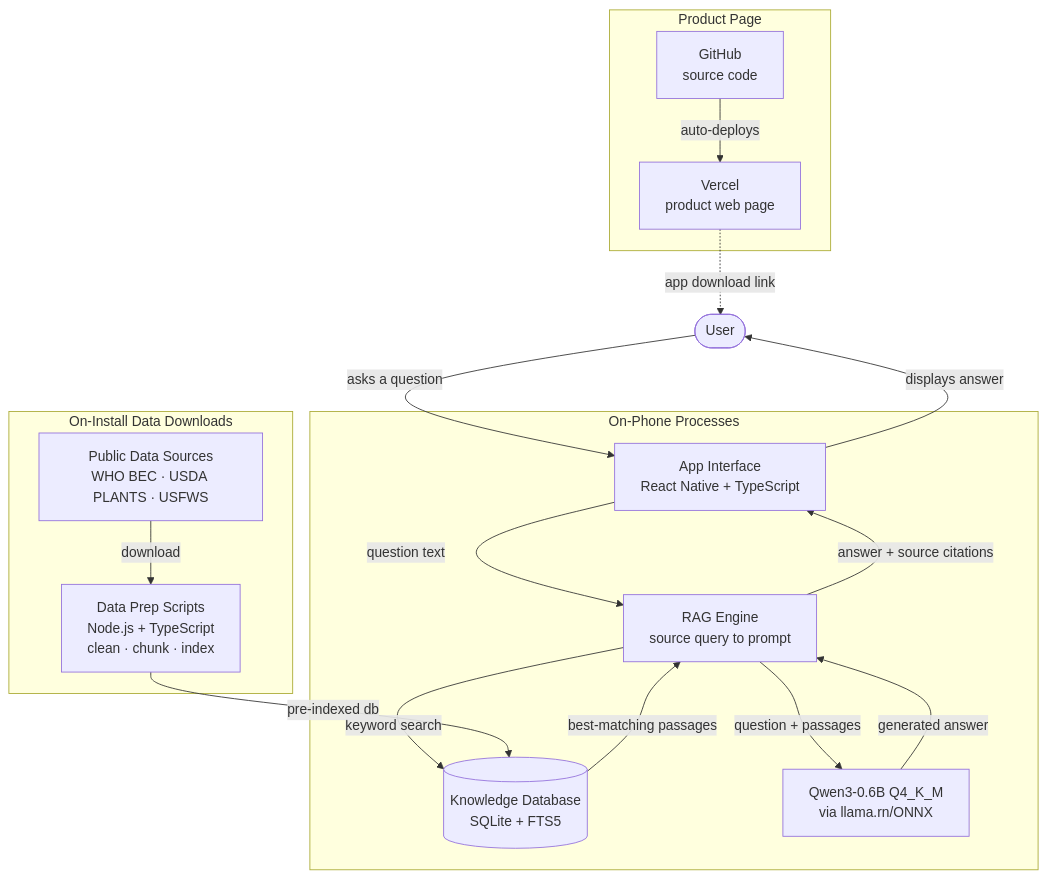
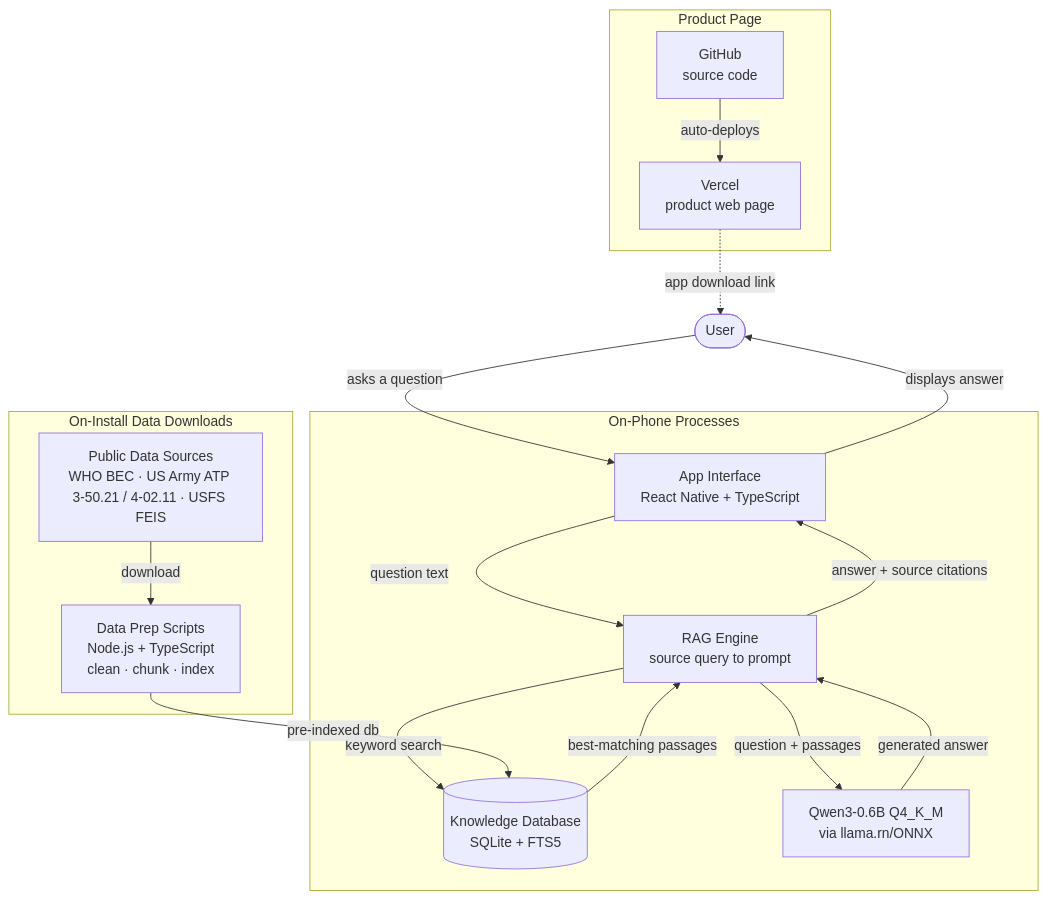
One commit to r-magnus/fred changed the first of 2 diagrams in README.md. Above: the diagram before and after it, drawn with Mermaid. The commit also changed other lines of this file and 6 other files, not shown here.

````diff
--- a/README.md
+++ b/README.md
@@ -306,30 +306,30 @@
 ```mermaid
 flowchart TB
   subgraph product["Product Page"]
     gh["GitHub<br/>source code"] -- auto-deploys --> vercel["Vercel<br/>product web page"]
   end
 
   vercel -. app download link .-> user(["User"])
 
   subgraph install["On-Install Data Downloads"]
-    sources["Public Data Sources<br/>WHO BEC · USDA PLANTS · USFWS"] -- download --> prep["Data Prep Scripts<br/>Node.js + TypeScript<br/>clean · chunk · index"]
+    sources["Public Data Sources<br/>WHO BEC · US Army ATP 3-50.21 / 4-02.11 · USFS FEIS"] -- download --> prep["Data Prep Scripts<br/>Node.js + TypeScript<br/>clean · chunk · index"]
   end
 
   subgraph phone["On-Phone Processes"]
     ui["App Interface<br/>React Native + TypeScript"]
     rag["RAG Engine<br/>source query to prompt"]
     db[("Knowledge Database<br/>SQLite + FTS5")]
     llm["Qwen3-0.6B Q4_K_M<br/>via llama.rn/ONNX"]
 
     ui -- question text --> rag
     rag -- answer + source citations --> ui
     rag -- keyword search --> db
     db -- best-matching passages --> rag
     rag -- question + passages --> llm
     llm -- generated answer --> rag
   end
 
   user -- asks a question --> ui
   ui -- displays answer --> user
   prep -- pre-indexed db --> db
 ```
````
